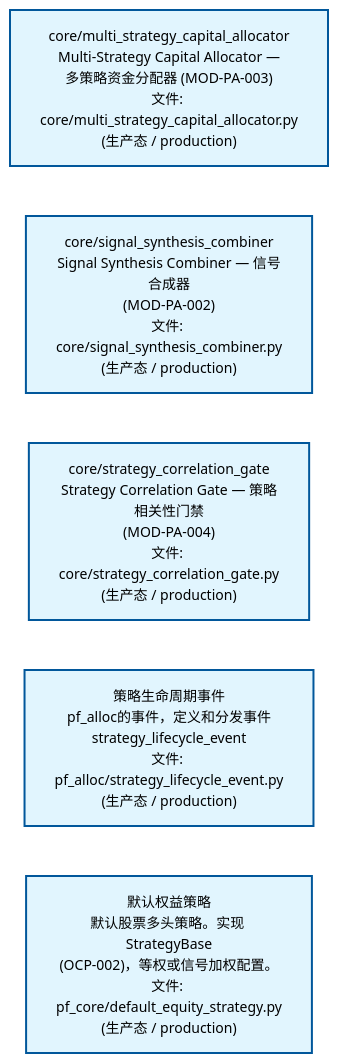
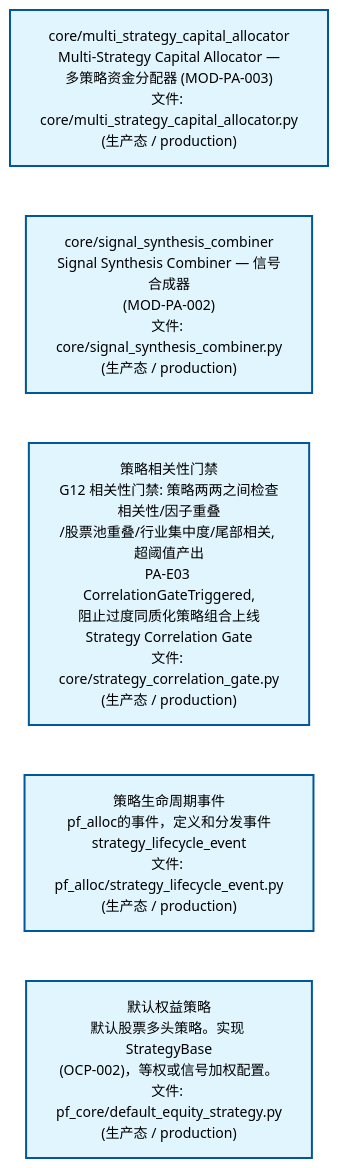
One commit to xuanFelixVan/ZephyrAlpha changed the second of 4 diagrams in docs/02_enterprise_architecture/02_domain_architecture_docs/62_d_pf_alloc.md. Above: the diagram before and after it, drawn with Mermaid. The commit also changed other lines of this file and 49 other files, not shown here.

````diff
--- a/docs/02_enterprise_architecture/02_domain_architecture_docs/62_d_pf_alloc.md
+++ b/docs/02_enterprise_architecture/02_domain_architecture_docs/62_d_pf_alloc.md
@@ -94,18 +94,18 @@
 ```mermaid
 %%{init: {'theme': 'base', 'themeVariables': {'primaryColor': '#eaeaea', 'primaryTextColor': '#333333', 'primaryBorderColor': '#666666', 'lineColor': '#666666', 'secondaryColor': '#eaeaea', 'tertiaryColor': '#eaeaea', 'fontSize': '14px'}}}%%
 flowchart TD
     src_zephyr_pf_alloc_core_multi_strategy_capital_allocator_py["core/multi_strategy_capital_allocator<br/>Multi-Strategy Capital Allocator —<br/>多策略资金分配器 (MOD-PA-003)<br/>文件: core/multi_strategy_capital_allocator.py<br/>(生产态 / production)"]
     src_zephyr_pf_alloc_core_signal_synthesis_combiner_py["core/signal_synthesis_combiner<br/>Signal Synthesis Combiner — 信号合成器<br/>(MOD-PA-002)<br/>文件: core/signal_synthesis_combiner.py<br/>(生产态 / production)"]
-    src_zephyr_pf_alloc_core_strategy_correlation_gate_py["core/strategy_correlation_gate<br/>Strategy Correlation Gate — 策略相关性门禁<br/>(MOD-PA-004)<br/>文件: core/strategy_correlation_gate.py<br/>(生产态 / production)"]
+    src_zephyr_pf_alloc_core_strategy_correlation_gate_py["策略相关性门禁<br/>G12 相关性门禁: 策略两两之间检查相关性/因子重叠<br/>/股票池重叠/行业集中度/尾部相关, 超阈值产出<br/>PA-E03 CorrelationGateTriggered,<br/>阻止过度同质化策略组合上线<br/>Strategy Correlation Gate<br/>文件: core/strategy_correlation_gate.py<br/>(生产态 / production)"]
     src_zephyr_pf_alloc_strategy_lifecycle_event_py["策略生命周期事件<br/>pf_alloc的事件，定义和分发事件<br/>strategy_lifecycle_event<br/>文件: pf_alloc/strategy_lifecycle_event.py<br/>(生产态 / production)"]
     src_zephyr_pf_core_default_equity_strategy_py["默认权益策略<br/>默认股票多头策略。实现 StrategyBase<br/>(OCP-002)，等权或信号加权配置。<br/>文件: pf_core/default_equity_strategy.py<br/>(生产态 / production)"]
     src_zephyr_pf_alloc_core_multi_strategy_capital_allocator_py ~~~ src_zephyr_pf_alloc_core_signal_synthesis_combiner_py
     src_zephyr_pf_alloc_core_signal_synthesis_combiner_py ~~~ src_zephyr_pf_alloc_core_strategy_correlation_gate_py
     src_zephyr_pf_alloc_core_strategy_correlation_gate_py ~~~ src_zephyr_pf_alloc_strategy_lifecycle_event_py
     src_zephyr_pf_alloc_strategy_lifecycle_event_py ~~~ src_zephyr_pf_core_default_equity_strategy_py
     classDef production fill:#e1f5fe,stroke:#01579b,stroke-width:2px,color:#000
     classDef design fill:#fff3e0,stroke:#e65100,stroke-width:2px,color:#000,stroke-dasharray: 5 5
     classDef external_prod fill:#e8f4fd,stroke:#0277bd,stroke-width:1px,color:#000
     classDef external_design fill:#fff8e7,stroke:#ef6c00,stroke-width:1px,color:#000,stroke-dasharray: 5 5
     class src_zephyr_pf_alloc_core_multi_strategy_capital_allocator_py,src_zephyr_pf_alloc_core_signal_synthesis_combiner_py,src_zephyr_pf_alloc_core_strategy_correlation_gate_py,src_zephyr_pf_alloc_strategy_lifecycle_event_py,src_zephyr_pf_core_default_equity_strategy_py production
 ```
````
